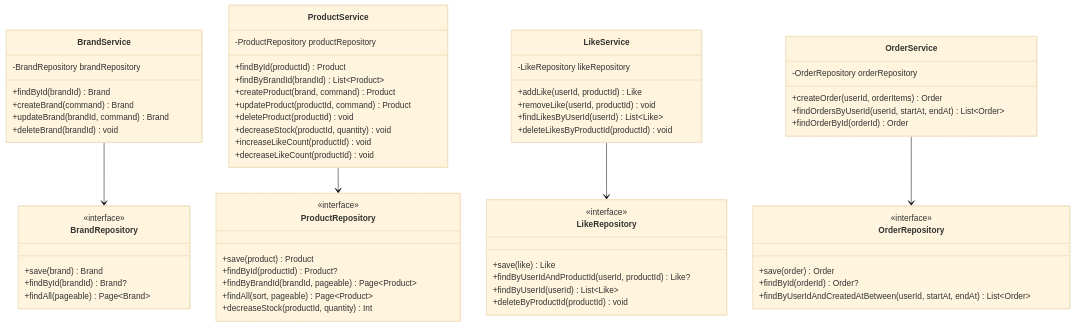
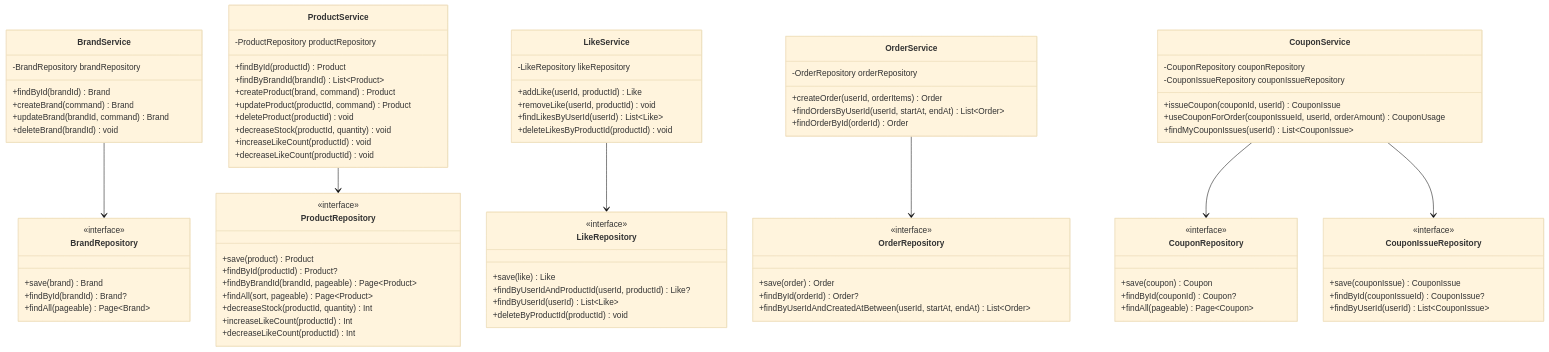
One commit to Loopers-dev-lab/loop-pack-be-l2-vol3-kotlin changed the second of 5 diagrams in docs/design/03-class-diagram.md. Above: the diagram before and after it, drawn with Mermaid (base theme). The commit also changed other lines of this file and 5 other files, not shown here.

````diff
--- a/docs/design/03-class-diagram.md
+++ b/docs/design/03-class-diagram.md
@@ -200,6 +243,8 @@
         +findByBrandId(brandId, pageable) Page~Product~
         +findAll(sort, pageable) Page~Product~
         +decreaseStock(productId, quantity) Int
+        +increaseLikeCount(productId) Int
+        +decreaseLikeCount(productId) Int
     }
 
     class LikeRepository {
@@ -217,8 +262,32 @@
         +findByUserIdAndCreatedAtBetween(userId, startAt, endAt) List~Order~
     }
 
+    class CouponService {
+        -CouponRepository couponRepository
+        -CouponIssueRepository couponIssueRepository
+        +issueCoupon(couponId, userId) CouponIssue
+        +useCouponForOrder(couponIssueId, userId, orderAmount) CouponUsage
+        +findMyCouponIssues(userId) List~CouponIssue~
+    }
+
+    class CouponRepository {
+        <<interface>>
+        +save(coupon) Coupon
+        +findById(couponId) Coupon?
+        +findAll(pageable) Page~Coupon~
+    }
+
+    class CouponIssueRepository {
+        <<interface>>
+        +save(couponIssue) CouponIssue
+        +findById(couponIssueId) CouponIssue?
+        +findByUserId(userId) List~CouponIssue~
+    }
+
     BrandService --> BrandRepository
     ProductService --> ProductRepository
     LikeService --> LikeRepository
     OrderService --> OrderRepository
+    CouponService --> CouponRepository
+    CouponService --> CouponIssueRepository
 ```
````
